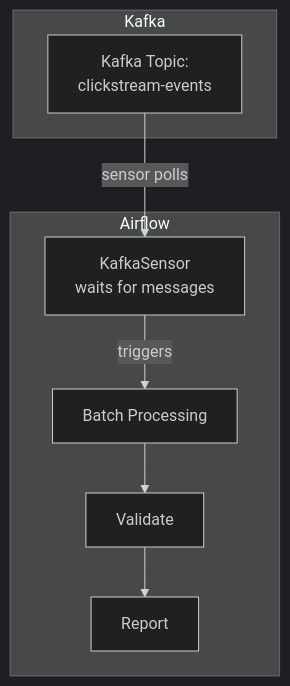
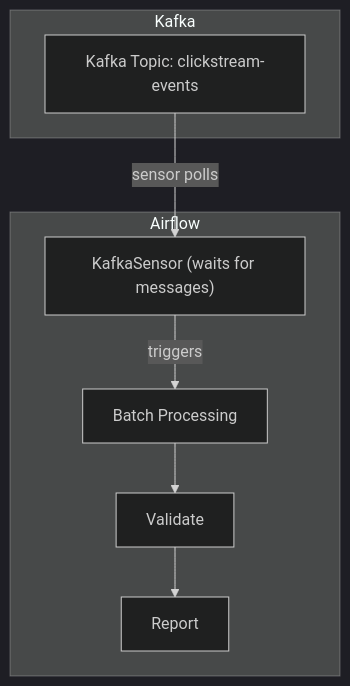
One commit to rafaelspecta/user-behavior-analytics changed the second of 3 diagrams in docs/architecture-guide.md. Above: the diagram before and after it, drawn with Mermaid (dark theme). The commit also changed other lines of this file and 3 other files, not shown here.

First line of the commit message:
docs: update architecture guide, roadmap, infrastructure, and troubleshooting for hybrid architecture

````diff
--- a/docs/architecture-guide.md
+++ b/docs/architecture-guide.md
@@ -190,14 +134,12 @@
 ```mermaid
 graph TD
-    subgraph "Kafka"
-        K[Kafka Topic:<br>clickstream-events]
+    subgraph kafkaBox [Kafka]
+        K["Kafka Topic: clickstream-events"]
     end
-
-    subgraph "Airflow"
-        KS[KafkaSensor<br>waits for messages] -->|triggers| BJ[Batch Processing]
+    subgraph airflowBox [Airflow]
+        KS["KafkaSensor (waits for messages)"] -->|triggers| BJ[Batch Processing]
         BJ --> V[Validate]
         V --> R[Report]
     end
-
     K -->|sensor polls| KS
 ```
````
